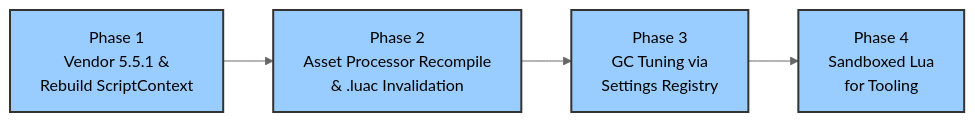
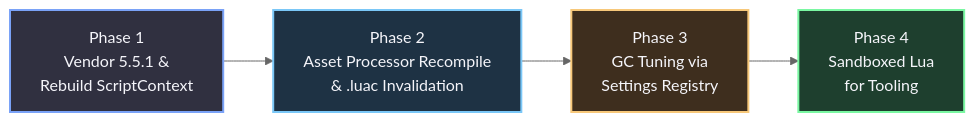
Before and after one commit to Astin-A/the-workshop: the sixth of 7 diagrams in content/Engine shit/O3DE/Atomic/8 Lua 5.5.1.md, drawn with Mermaid (neutral theme). The commit also changed other lines of this file and 24 other files, not shown here.

````diff
--- a/content/Engine shit/O3DE/Atomic/8 Lua 5.5.1.md
+++ b/content/Engine shit/O3DE/Atomic/8 Lua 5.5.1.md
@@ -260,11 +293,16 @@
 ```mermaid
 graph LR
     P1["Phase 1<br/>Vendor 5.5.1 &<br/>Rebuild ScriptContext"] --> P2["Phase 2<br/>Asset Processor Recompile<br/>& .luac Invalidation"]
     P2 --> P3["Phase 3<br/>GC Tuning via<br/>Settings Registry"]
     P3 --> P4["Phase 4<br/>Sandboxed Lua<br/>for Tooling"]
-    
-    style P1 fill:#9cf,stroke:#333,stroke-width:2px,color:#000
-    style P2 fill:#9cf,stroke:#333,stroke-width:2px,color:#000
-    style P3 fill:#9cf,stroke:#333,stroke-width:2px,color:#000
-    style P4 fill:#9cf,stroke:#333,stroke-width:2px,color:#000
+
+    classDef default fill:#303040,stroke:#7aa2f7,stroke-width:2px,color:#f5f5fa;
+    classDef info fill:#1e3244,stroke:#7ac7f7,stroke-width:2px,color:#f5f5fa;
+    classDef warning fill:#3e2e1e,stroke:#f7c87a,stroke-width:2px,color:#f5f5fa;
+    classDef success fill:#1e3f2e,stroke:#7af7a2,stroke-width:2px,color:#f5f5fa;
+
+    class P1 default;
+    class P2 info;
+    class P3 warning;
+    class P4 success;
 ```
````
